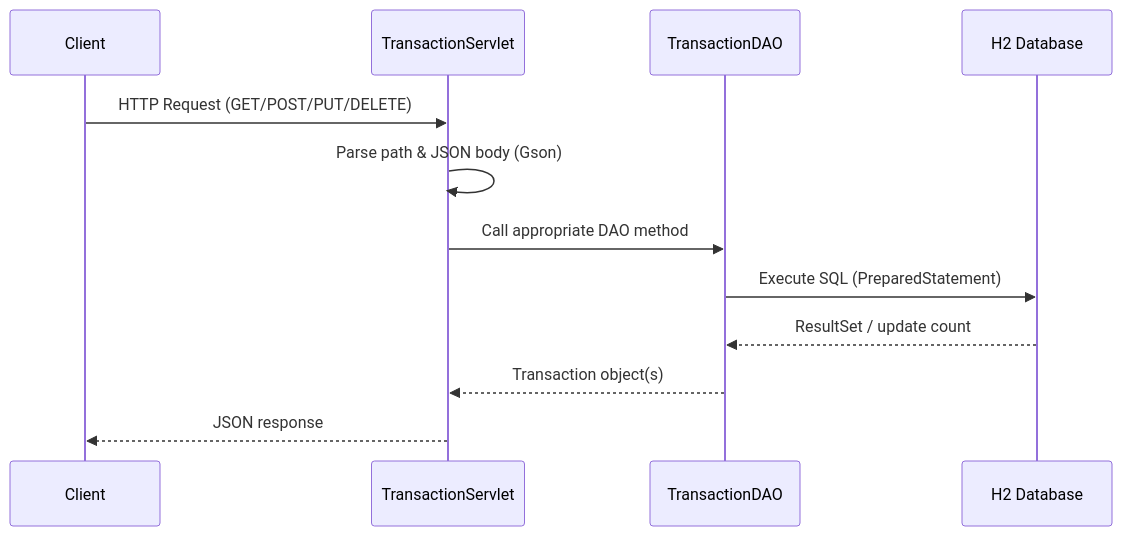
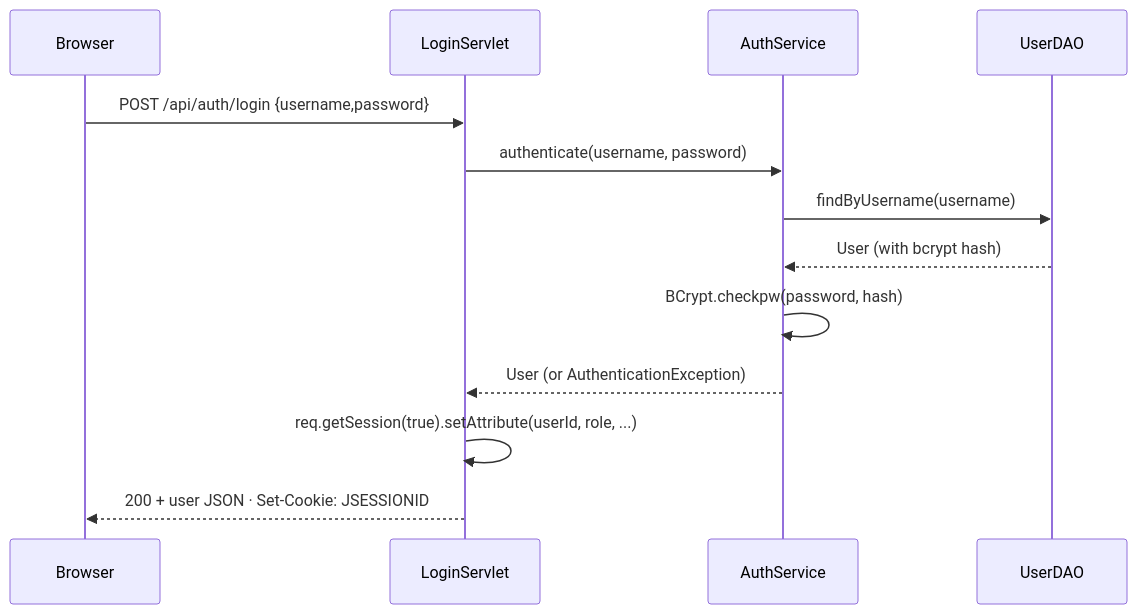
Before and after one commit to dishacodes15/jdbc-transaction-tracker: the second of 5 diagrams in DESIGN.md, drawn with Mermaid. The commit also changed other lines of this file and 45 other files, not shown here.

First line of the commit message:
feat: Add dashboard and login pages for user interface

````diff
--- a/DESIGN.md
+++ b/DESIGN.md
@@ -42,15 +77,15 @@
 ```mermaid
 sequenceDiagram
-    participant C as Client
-    participant S as TransactionServlet
-    participant D as TransactionDAO
-    participant DB as H2 Database
-
-    C->>S: HTTP Request (GET/POST/PUT/DELETE)
-    S->>S: Parse path & JSON body (Gson)
-    S->>D: Call appropriate DAO method
-    D->>DB: Execute SQL (PreparedStatement)
-    DB-->>D: ResultSet / update count
-    D-->>S: Transaction object(s)
-    S-->>C: JSON response
+    participant U as Browser
+    participant L as LoginServlet
+    participant A as AuthService
+    participant D as UserDAO
+    U->>L: POST /api/auth/login {username,password}
+    L->>A: authenticate(username, password)
+    A->>D: findByUsername(username)
+    D-->>A: User (with bcrypt hash)
+    A->>A: BCrypt.checkpw(password, hash)
+    A-->>L: User (or AuthenticationException)
+    L->>L: req.getSession(true).setAttribute(userId, role, ...)
+    L-->>U: 200 + user JSON · Set-Cookie: JSESSIONID
 ```
````
